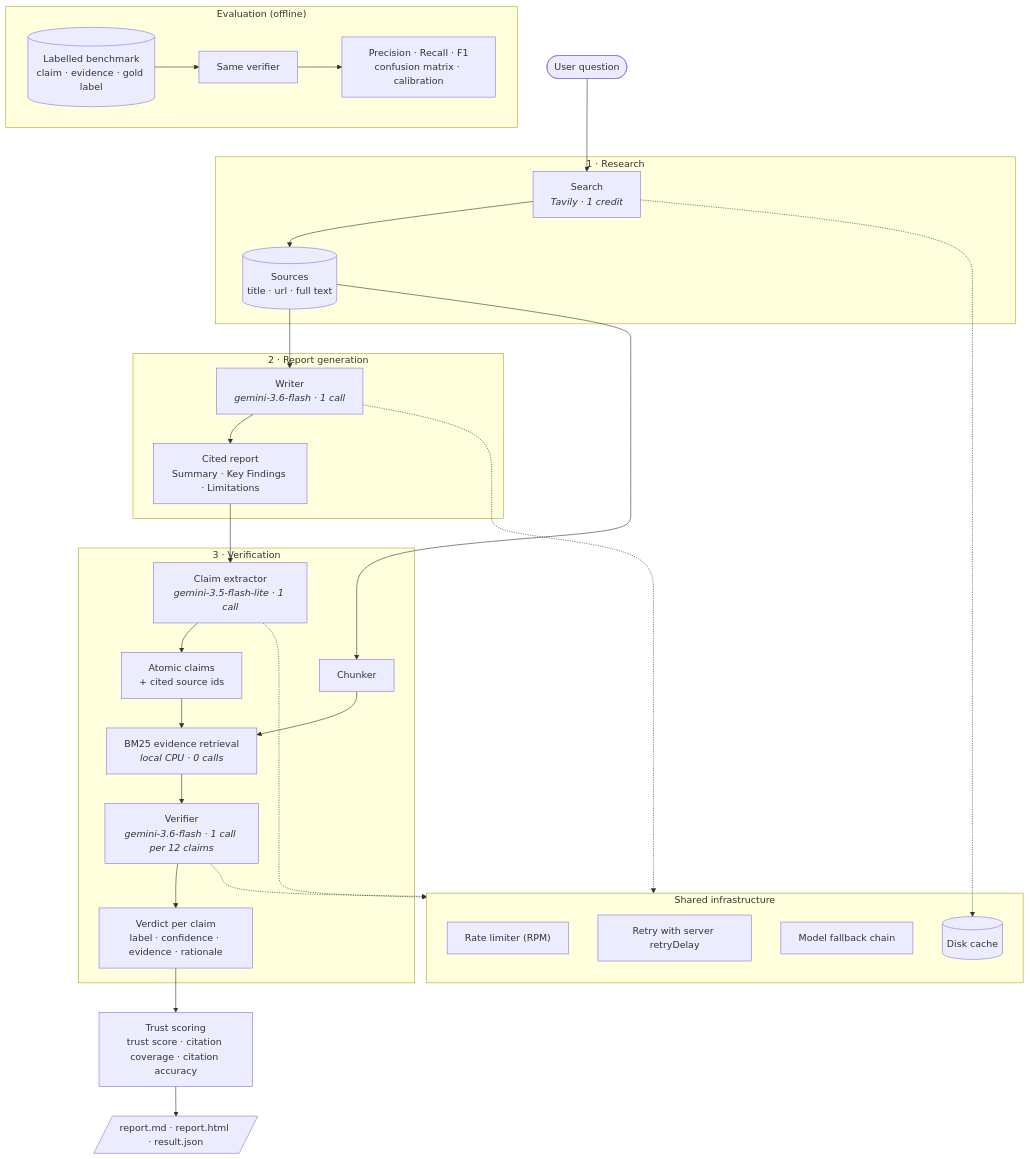
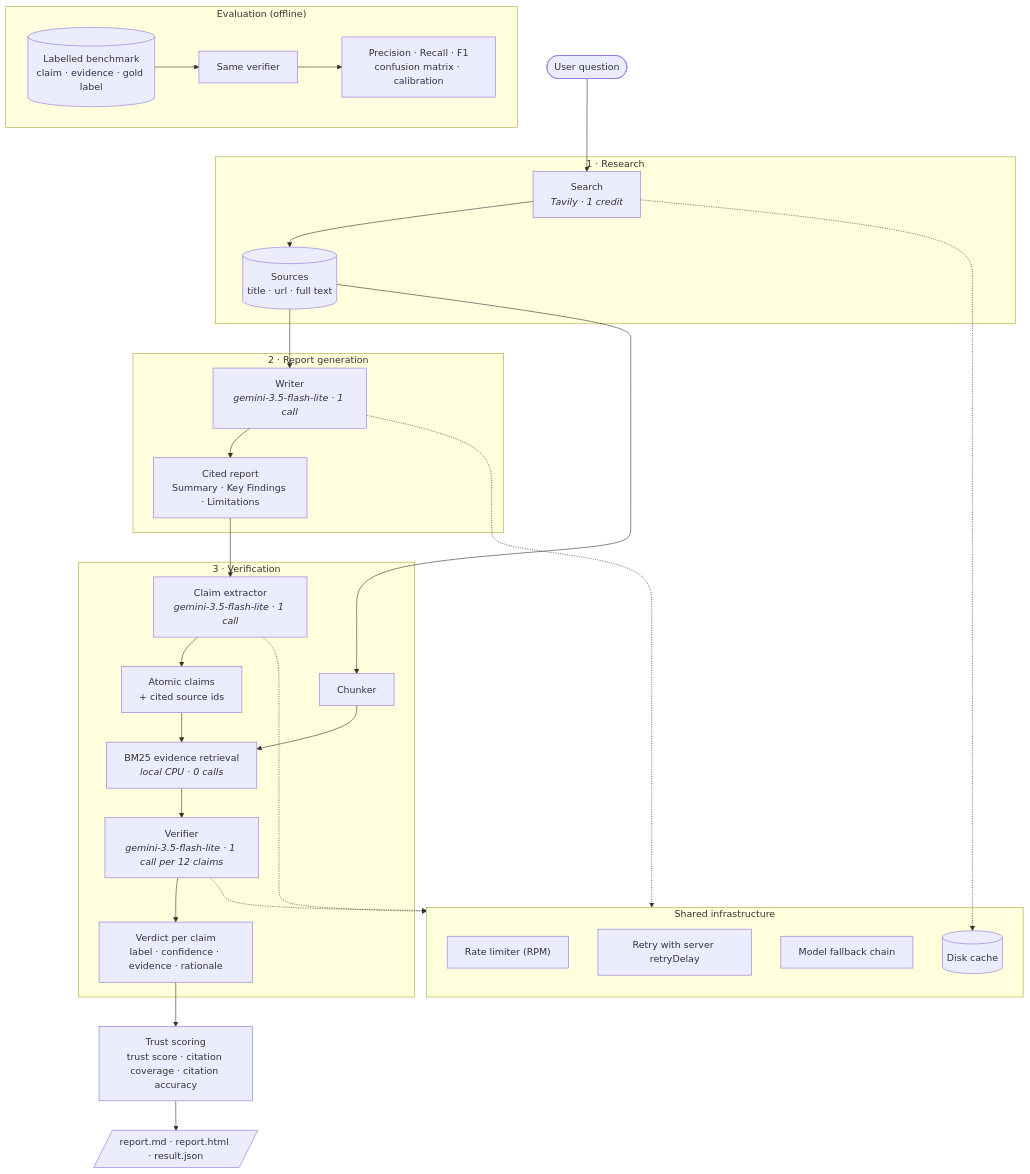
One commit to mudit-31/atlas changed the diagram in README.md. Above: the diagram before and after it, drawn with Mermaid. The commit also changed other lines of this file and 54 other files, not shown here.

````diff
--- a/README.md
+++ b/README.md
@@ -15,41 +31,41 @@
 ```mermaid
 flowchart TD
     Q([User question]) --> S
 
     subgraph R["1 · Research"]
         S["Search<br/><i>Tavily · 1 credit</i>"] --> SRC[("Sources<br/>title · url · full text")]
     end
 
     SRC --> W
     subgraph G["2 · Report generation"]
-        W["Writer<br/><i>gemini-3.6-flash · 1 call</i>"] --> REP["Cited report<br/>Summary · Key Findings · Limitations"]
+        W["Writer<br/><i>gemini-3.5-flash-lite · 1 call</i>"] --> REP["Cited report<br/>Summary · Key Findings · Limitations"]
     end
 
     REP --> X
     subgraph V["3 · Verification"]
         X["Claim extractor<br/><i>gemini-3.5-flash-lite · 1 call</i>"] --> CL["Atomic claims<br/>+ cited source ids"]
         SRC --> CH["Chunker"] --> BM["BM25 evidence retrieval<br/><i>local CPU · 0 calls</i>"]
         CL --> BM
-        BM --> J["Verifier<br/><i>gemini-3.6-flash · 1 call per 12 claims</i>"]
+        BM --> J["Verifier<br/><i>gemini-3.5-flash-lite · 1 call per 12 claims</i>"]
         J --> VD["Verdict per claim<br/>label · confidence · evidence · rationale"]
     end
 
     VD --> SC["Trust scoring<br/>trust score · citation coverage · citation accuracy"]
     SC --> OUT[/"report.md · report.html · result.json"/]
 
     subgraph E["Evaluation (offline)"]
         DS[("Labelled benchmark<br/>claim · evidence · gold label")] --> J2["Same verifier"] --> M["Precision · Recall · F1<br/>confusion matrix · calibration"]
     end
 
     subgraph INFRA["Shared infrastructure"]
         RL["Rate limiter (RPM)"]
         RT["Retry with server retryDelay"]
         FB["Model fallback chain"]
         DC[("Disk cache")]
     end
 
     W -.-> INFRA
     X -.-> INFRA
     J -.-> INFRA
     S -.-> DC
 ```
````
